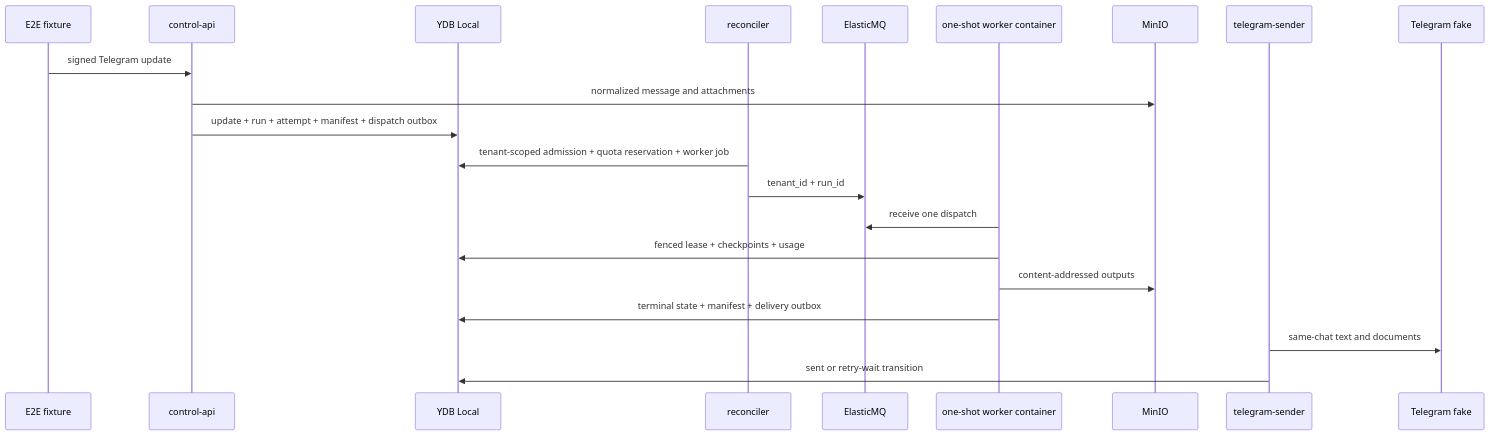
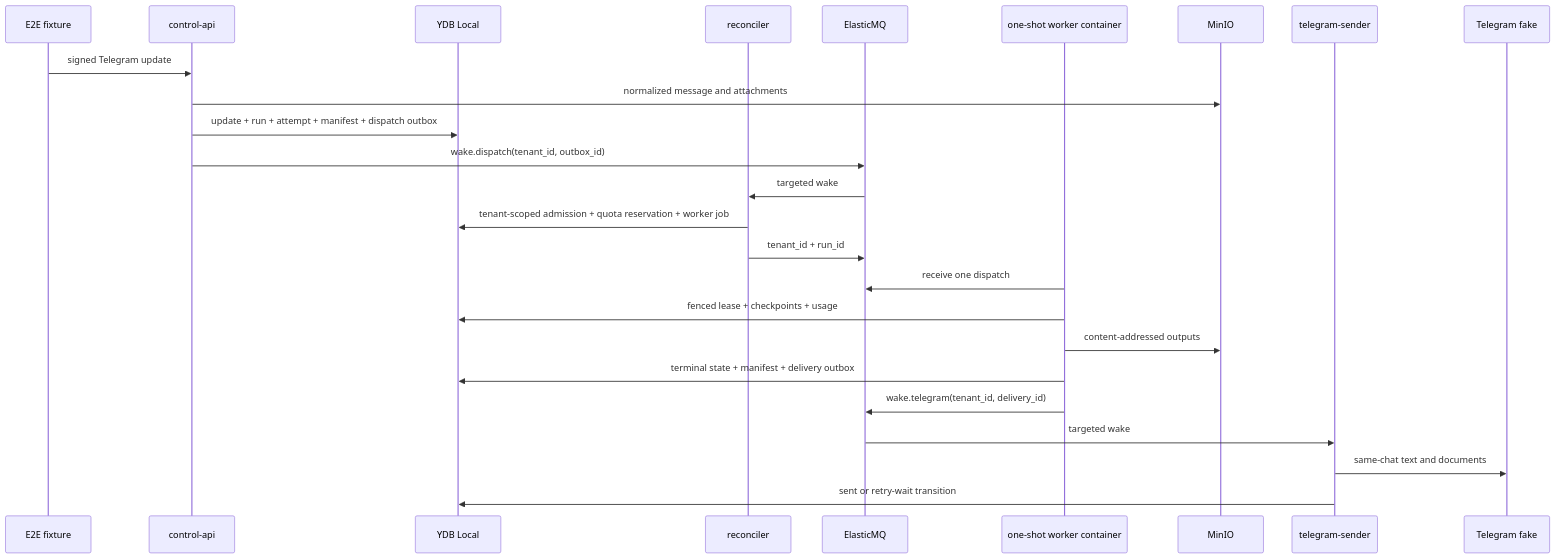
The diagram in docs/local-e2e.md (urandon/sessionless), drawn with Mermaid before and after one commit. The commit also changed other lines of this file and 37 other files, not shown here.

````diff
--- a/docs/local-e2e.md
+++ b/docs/local-e2e.md
@@ -9,24 +9,28 @@
 ```mermaid
 sequenceDiagram
     participant Fixture as E2E fixture
     participant API as control-api
     participant DB as YDB Local
     participant Scheduler as reconciler
     participant Queue as ElasticMQ
     participant Worker as one-shot worker container
     participant Blob as MinIO
     participant Sender as telegram-sender
     participant Telegram as Telegram fake
 
     Fixture->>API: signed Telegram update
     API->>Blob: normalized message and attachments
     API->>DB: update + run + attempt + manifest + dispatch outbox
+    API->>Queue: wake.dispatch(tenant_id, outbox_id)
+    Queue->>Scheduler: targeted wake
     Scheduler->>DB: tenant-scoped admission + quota reservation + worker job
     Scheduler->>Queue: tenant_id + run_id
     Worker->>Queue: receive one dispatch
     Worker->>DB: fenced lease + checkpoints + usage
     Worker->>Blob: content-addressed outputs
     Worker->>DB: terminal state + manifest + delivery outbox
+    Worker->>Queue: wake.telegram(tenant_id, delivery_id)
+    Queue->>Sender: targeted wake
     Sender->>Telegram: same-chat text and documents
     Sender->>DB: sent or retry-wait transition
 ```
````
